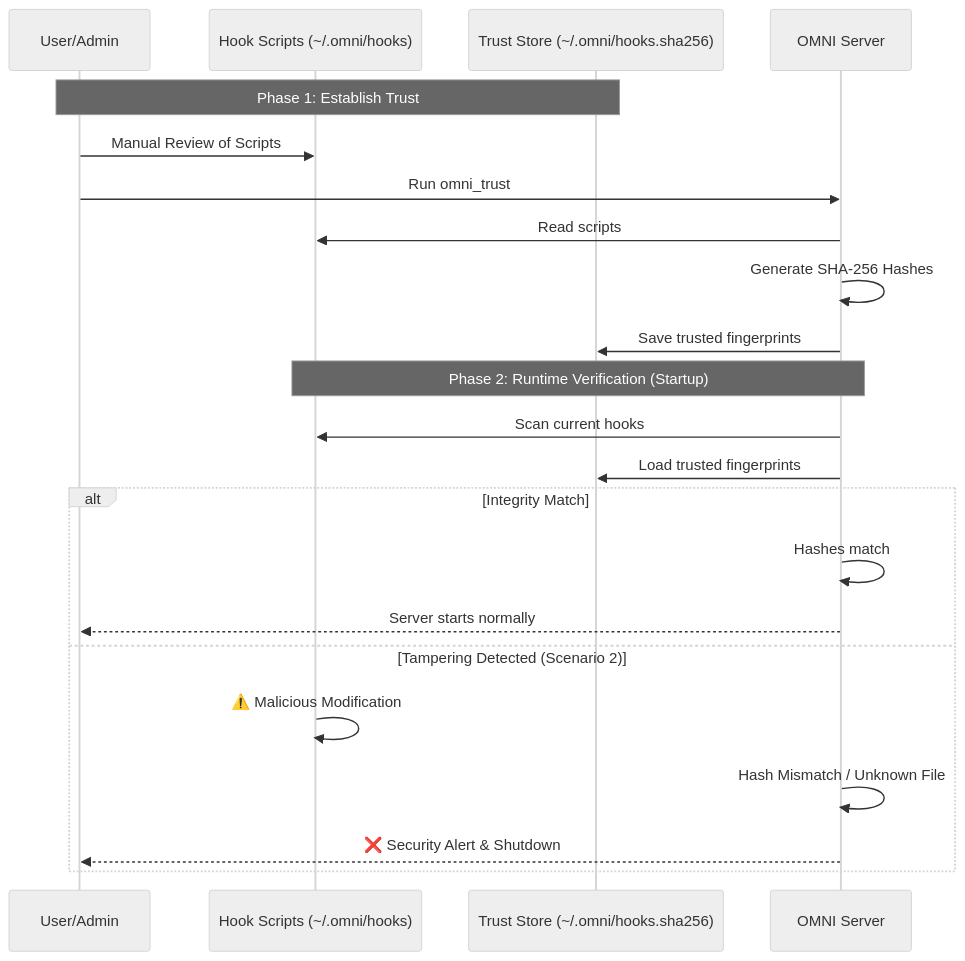
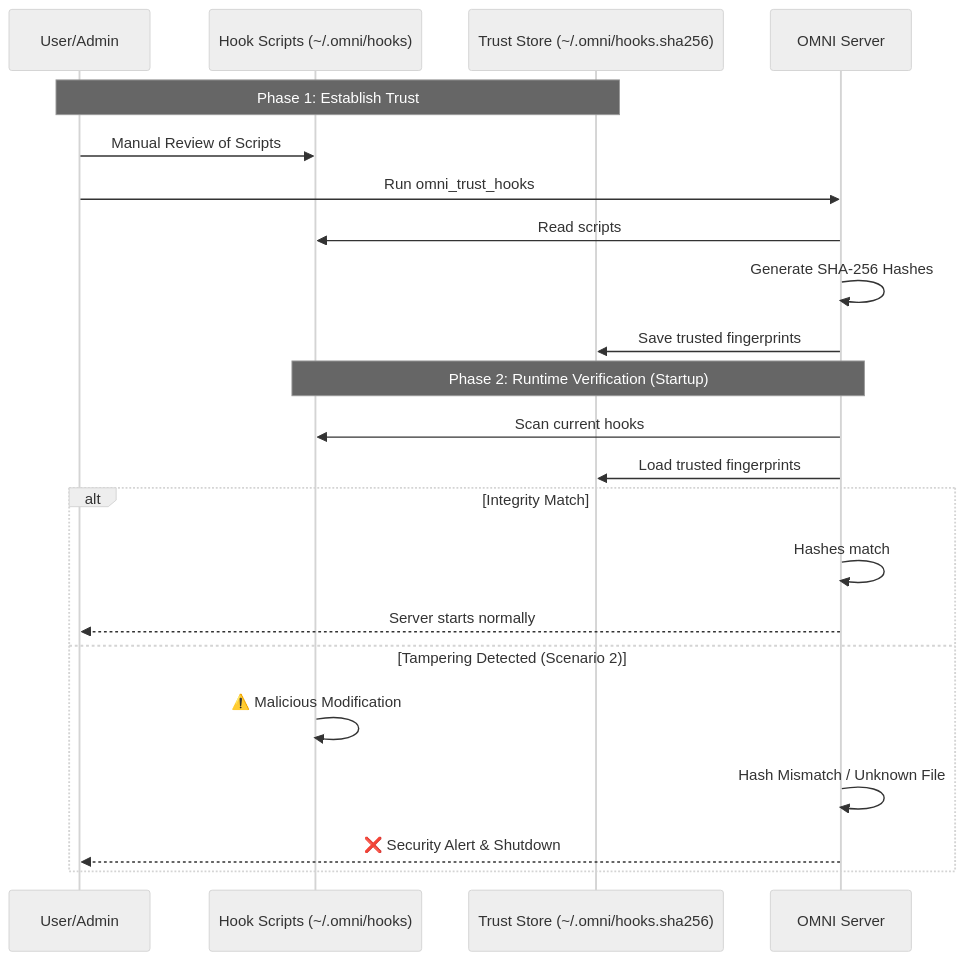
One commit to hiroshigodev/omni changed the second of 2 diagrams in SECURITY.md. Above: the diagram before and after it, drawn with Mermaid (neutral theme). The commit also changed other lines of this file and 3 other files, not shown here.

````diff
--- a/SECURITY.md
+++ b/SECURITY.md
@@ -39,26 +157,26 @@
 ```mermaid
 sequenceDiagram
     participant U as User/Admin
     participant H as Hook Scripts (~/.omni/hooks)
     participant T as Trust Store (~/.omni/hooks.sha256)
     participant S as OMNI Server
 
     Note over U,T: Phase 1: Establish Trust
     U->>H: Manual Review of Scripts
-    U->>S: Run omni_trust
+    U->>S: Run omni_trust_hooks
     S->>H: Read scripts
     S->>S: Generate SHA-256 Hashes
     S->>T: Save trusted fingerprints
 
     Note over H,S: Phase 2: Runtime Verification (Startup)
     S->>H: Scan current hooks
     S->>T: Load trusted fingerprints
     alt Integrity Match
         S->>S: Hashes match
         S-->>U: Server starts normally
     else Tampering Detected (Scenario 2)
         H->>H: ⚠️ Malicious Modification
         S->>S: Hash Mismatch / Unknown File
         S-->>U: ❌ Security Alert & Shutdown
     end
 ```
````
